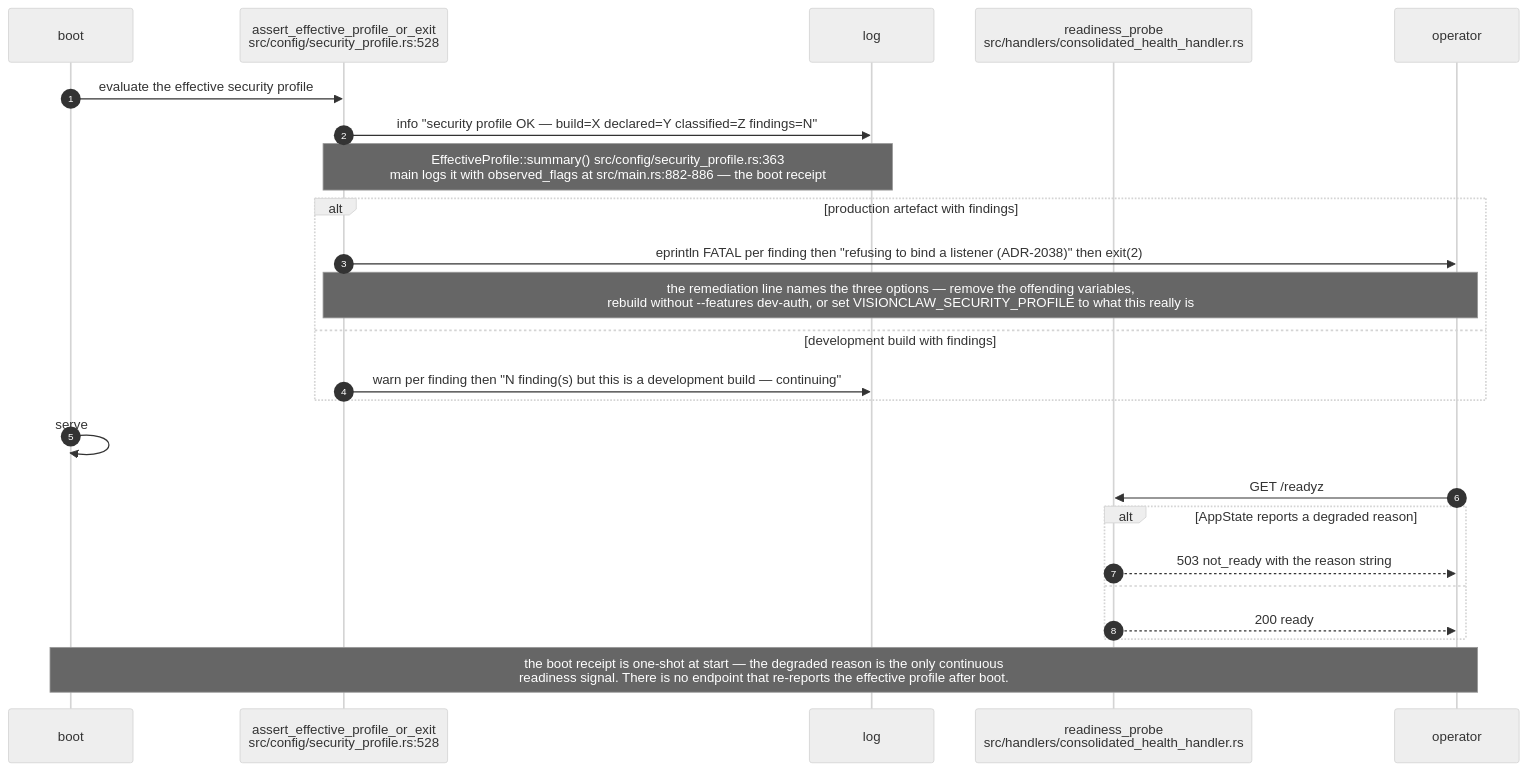
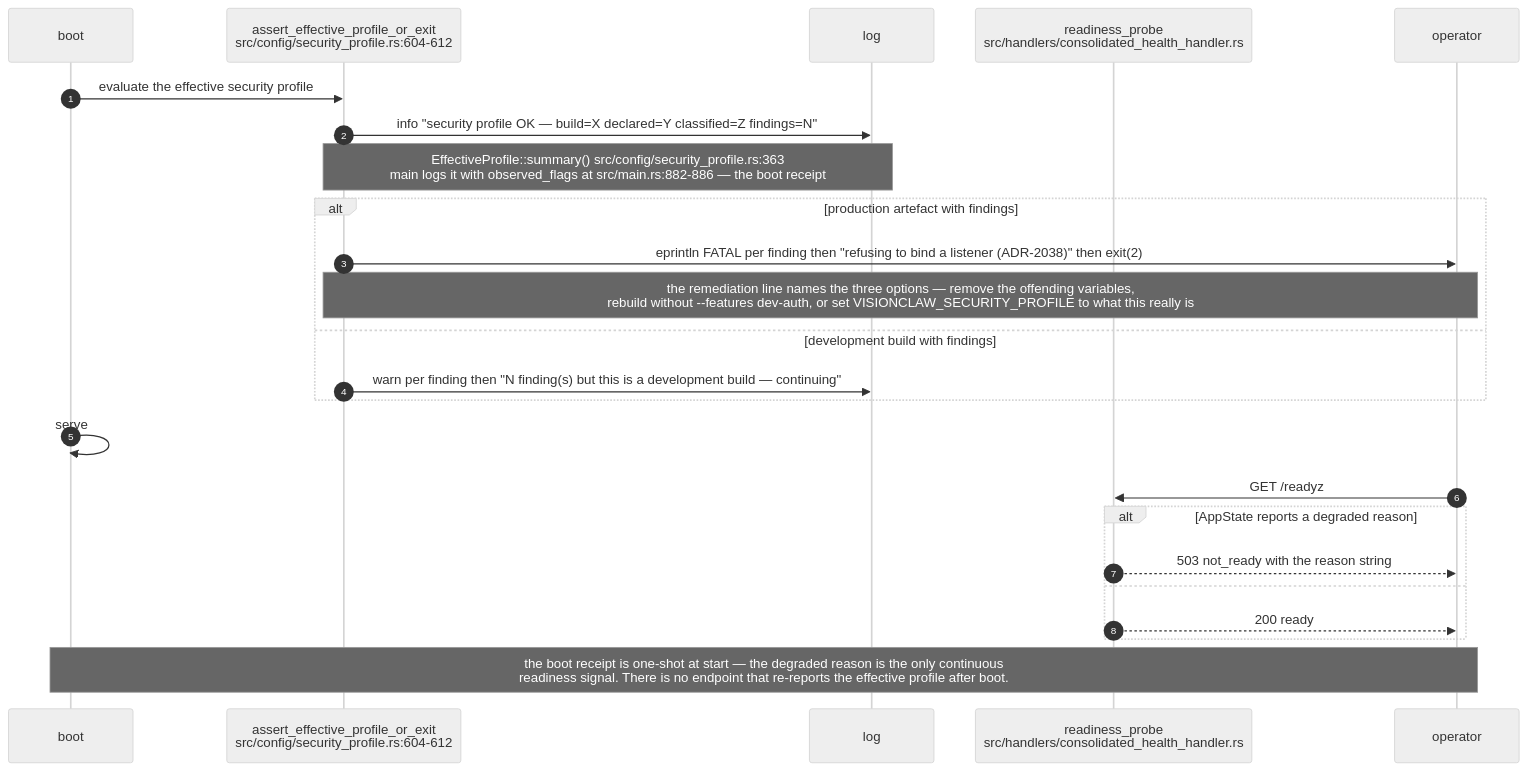
One commit to DreamLab-AI/AR-AI-Knowledge-Graph changed diagram 12 of 12 in docs/diagrams/visionclaw/08-observability-health-and-dev-loop.md. Above: the diagram before and after it, drawn with Mermaid (neutral theme). The commit also changed other lines of this file and 36 other files, not shown here.

````diff
--- a/docs/diagrams/visionclaw/08-observability-health-and-dev-loop.md
+++ b/docs/diagrams/visionclaw/08-observability-health-and-dev-loop.md
@@ -367,27 +367,27 @@
 ```mermaid
 sequenceDiagram
     autonumber
     participant B as boot
-    participant P as assert_effective_profile_or_exit<br/>src/config/security_profile.rs:528
+    participant P as assert_effective_profile_or_exit<br/>src/config/security_profile.rs:604-612
     participant L as log
     participant R as readiness_probe<br/>src/handlers/consolidated_health_handler.rs
     participant O as operator
 
     B->>P: evaluate the effective security profile
     P->>L: info "security profile OK — build=X declared=Y classified=Z findings=N"
     Note over P,L: EffectiveProfile::summary() src/config/security_profile.rs:363<br/>main logs it with observed_flags at src/main.rs:882-886 — the boot receipt
     alt production artefact with findings
         P->>O: eprintln FATAL per finding then "refusing to bind a listener (ADR-2038)" then exit(2)
         Note over P,O: the remediation line names the three options — remove the offending variables,<br/>rebuild without --features dev-auth, or set VISIONCLAW_SECURITY_PROFILE to what this really is
     else development build with findings
         P->>L: warn per finding then "N finding(s) but this is a development build — continuing"
     end
     B->>B: serve
     O->>R: GET /readyz
     alt AppState reports a degraded reason
         R-->>O: 503 not_ready with the reason string
     else
         R-->>O: 200 ready
     end
     Note over B,O: the boot receipt is one-shot at start — the degraded reason is the only continuous<br/>readiness signal. There is no endpoint that re-reports the effective profile after boot.
 ```
````
